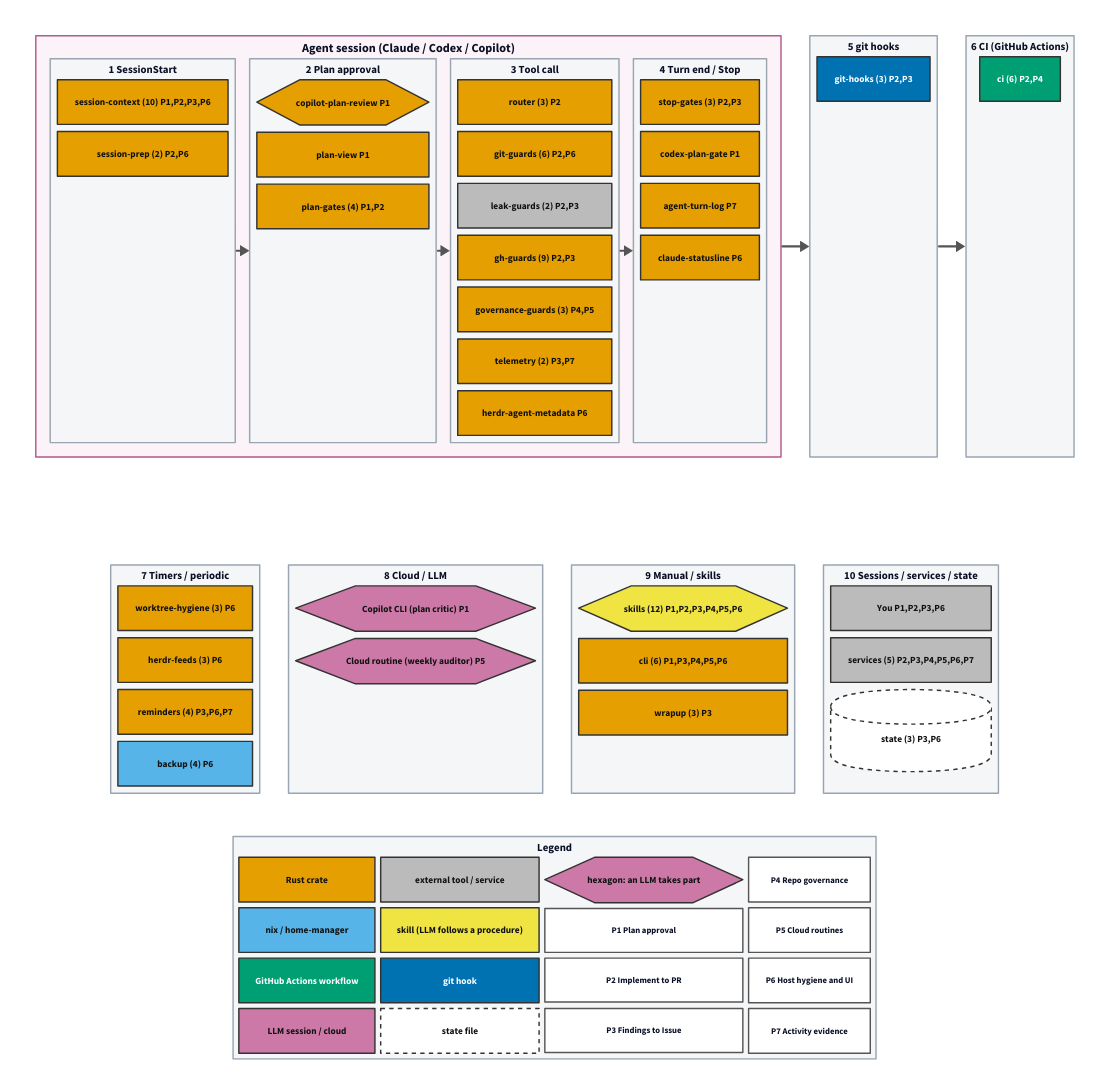
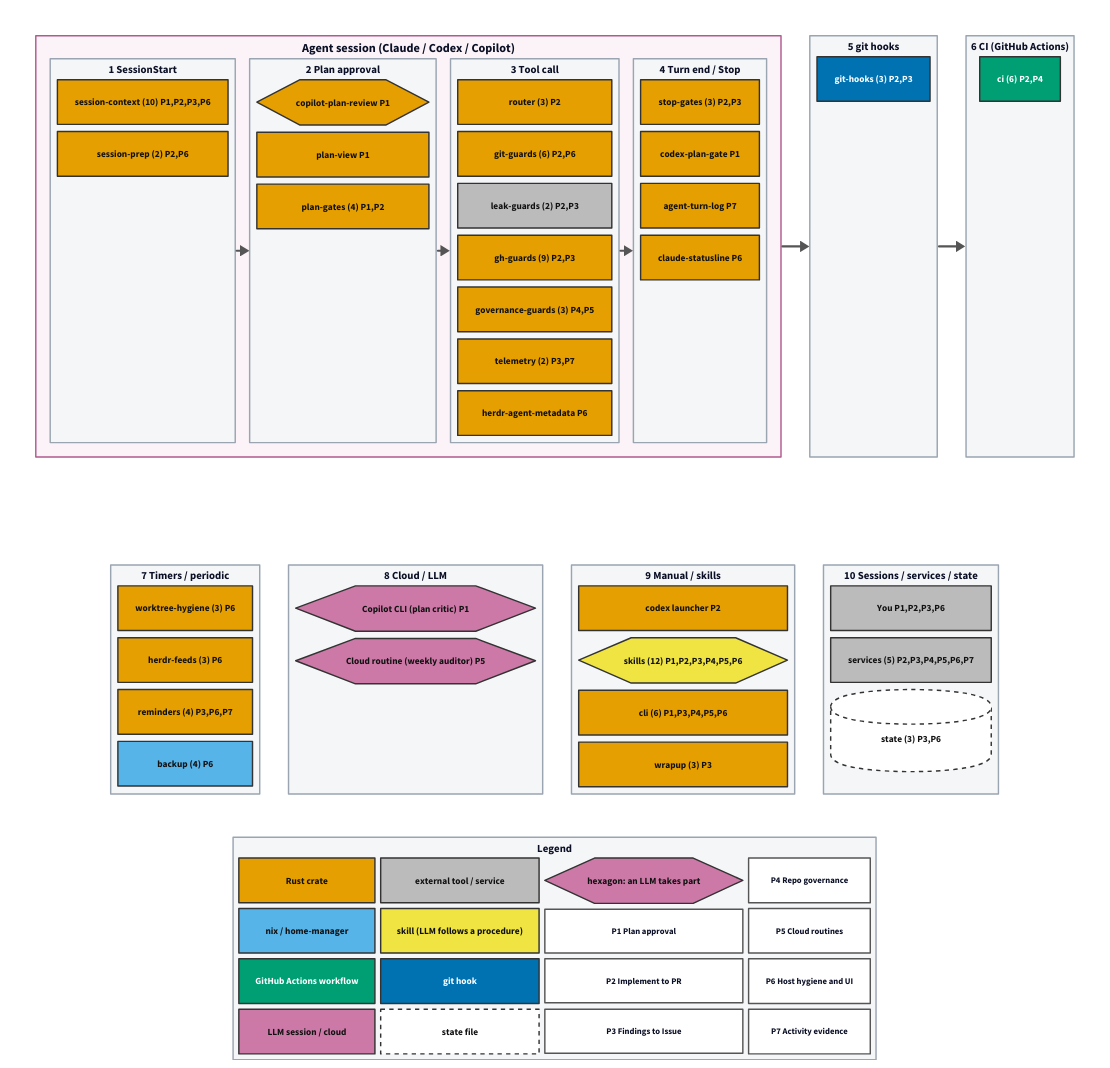
The diagram in docs/assets/pipeline-map/overview.d2 (tarotene/dotfiles), drawn with D2 before and after one commit. The commit also changed 20 other files, not shown here.

```diff
--- a/docs/assets/pipeline-map/overview.d2
+++ b/docs/assets/pipeline-map/overview.d2
@@ -300,6 +300,9 @@
     class: lane
     grid-columns: 1
     grid-gap: 10
+    g_codex_launcher: "codex launcher  P2" {
+      class: s_rust
+    }
     g_skills: "skills (12)  P1,P2,P3,P4,P5,P6" {
       class: s_skill
       shape: hexagon
```
